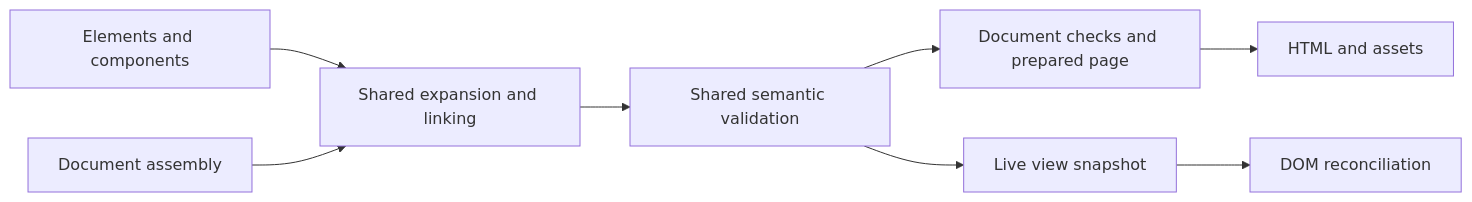
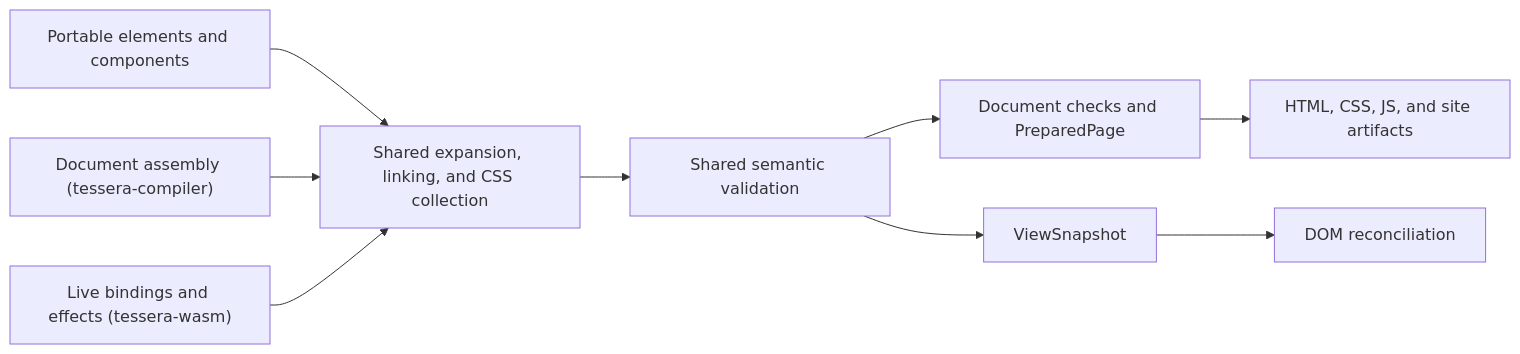
One commit to thiagogcm/tessera changed the first of 2 diagrams in docs/architecture.md. Above: the diagram before and after it, drawn with Mermaid. The commit also changed other lines of this file and 19 other files, not shown here.

````diff
--- a/docs/architecture.md
+++ b/docs/architecture.md
@@ -11,12 +11,13 @@
 ```mermaid
 flowchart LR
     accTitle: Shared expansion with two output backends
-    accDescr: Authoring passes through shared expansion and validation. Document orchestration emits static files; a browser root reconciles linked snapshots into DOM.
-    Author["Elements and components"] --> Shared["Shared expansion and linking"]
-    Document["Document assembly"] --> Shared
+    accDescr: Portable components feed shared expansion, linking, validation, and CSS collection. Static document assembly lowers to prepared pages and static files; live views lower to snapshots and DOM reconciliation.
+    Portable["Portable elements and components"] --> Shared["Shared expansion, linking, and CSS collection"]
+    Document["Document assembly (tessera-compiler)"] --> Shared
+    Live["Live bindings and effects (tessera-wasm)"] --> Shared
     Shared --> Validate["Shared semantic validation"]
-    Validate --> Page["Document checks and prepared page"]
-    Page --> HTML["HTML and assets"]
-    Validate --> Snapshot["Live view snapshot"]
+    Validate --> Page["Document checks and PreparedPage"]
+    Page --> HTML["HTML, CSS, JS, and site artifacts"]
+    Validate --> Snapshot["ViewSnapshot"]
     Snapshot --> DOM["DOM reconciliation"]
 ```
````
